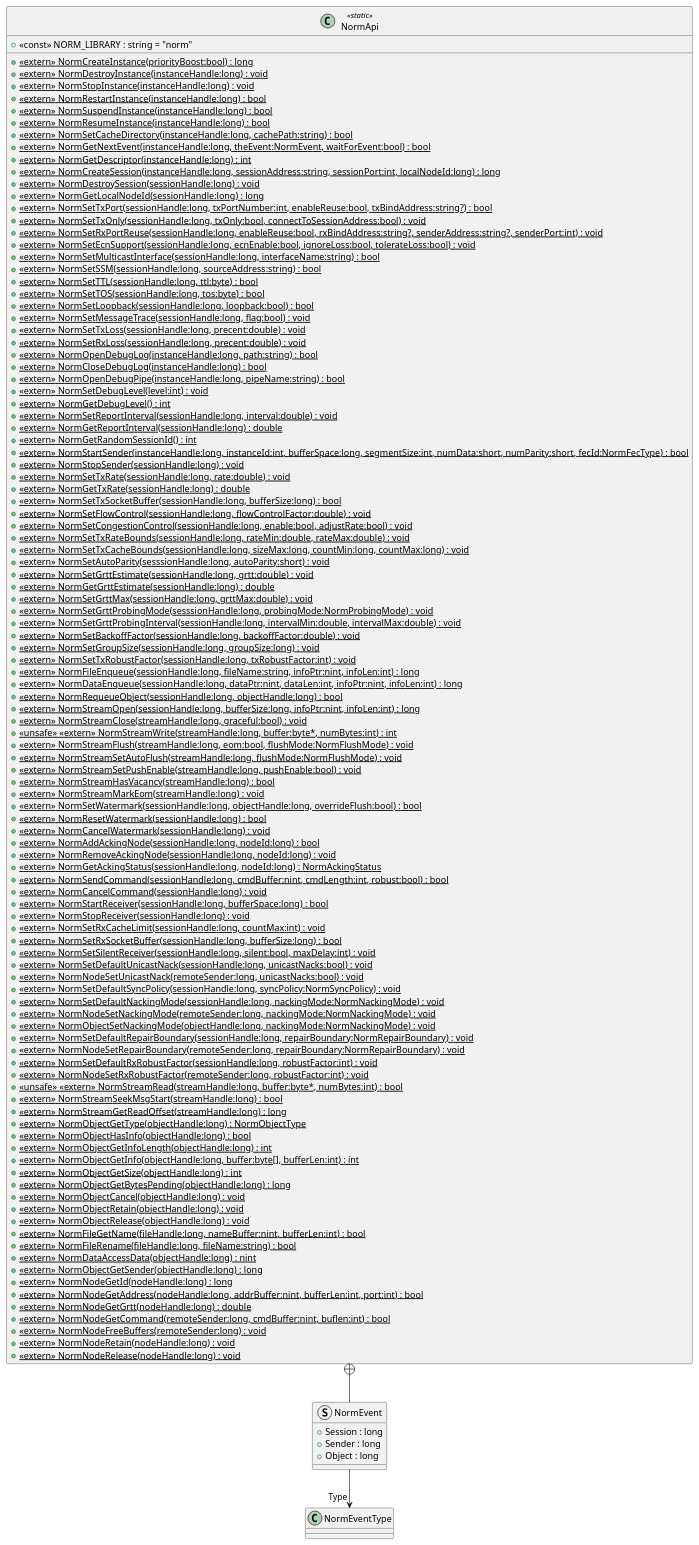
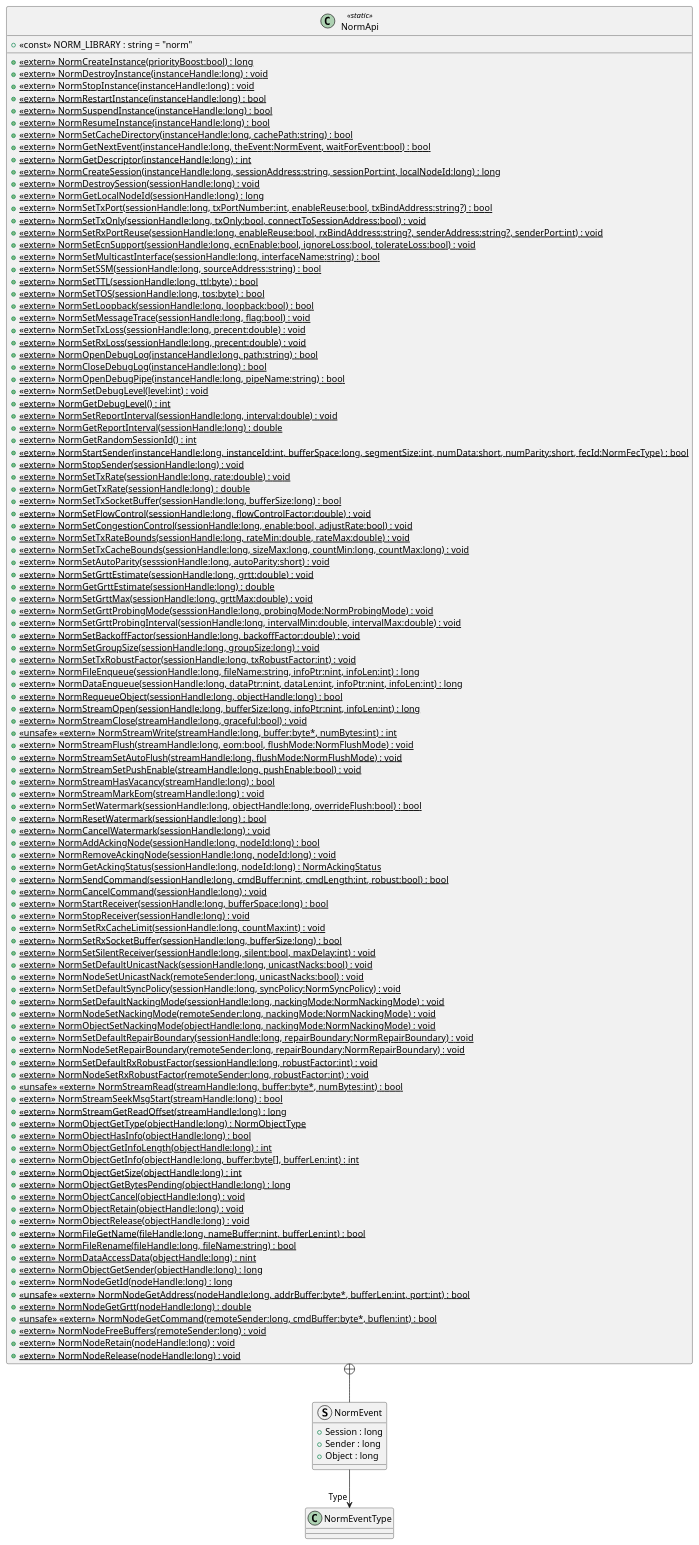
Before and after one commit to USNavalResearchLaboratory/norm: the diagram in src/dotnet/design/Mil/Navy/Nrl/Norm/NormApi.puml, drawn with PlantUML. The commit also changed 3 other files, not shown here.

First line of the commit message:
NormNode Refactor

```diff
--- a/src/dotnet/design/Mil/Navy/Nrl/Norm/NormApi.puml
+++ b/src/dotnet/design/Mil/Navy/Nrl/Norm/NormApi.puml
@@ -1,119 +1,119 @@
 @startuml
 class NormApi <<static>> {
     + <<const>> NORM_LIBRARY : string = "norm"
     + {static} <<extern>> NormCreateInstance(priorityBoost:bool) : long
     + {static} <<extern>> NormDestroyInstance(instanceHandle:long) : void
     + {static} <<extern>> NormStopInstance(instanceHandle:long) : void
     + {static} <<extern>> NormRestartInstance(instanceHandle:long) : bool
     + {static} <<extern>> NormSuspendInstance(instanceHandle:long) : bool
     + {static} <<extern>> NormResumeInstance(instanceHandle:long) : bool
     + {static} <<extern>> NormSetCacheDirectory(instanceHandle:long, cachePath:string) : bool
     + {static} <<extern>> NormGetNextEvent(instanceHandle:long, theEvent:NormEvent, waitForEvent:bool) : bool
     + {static} <<extern>> NormGetDescriptor(instanceHandle:long) : int
     + {static} <<extern>> NormCreateSession(instanceHandle:long, sessionAddress:string, sessionPort:int, localNodeId:long) : long
     + {static} <<extern>> NormDestroySession(sessionHandle:long) : void
     + {static} <<extern>> NormGetLocalNodeId(sessionHandle:long) : long
     + {static} <<extern>> NormSetTxPort(sessionHandle:long, txPortNumber:int, enableReuse:bool, txBindAddress:string?) : bool
     + {static} <<extern>> NormSetTxOnly(sessionHandle:long, txOnly:bool, connectToSessionAddress:bool) : void
     + {static} <<extern>> NormSetRxPortReuse(sessionHandle:long, enableReuse:bool, rxBindAddress:string?, senderAddress:string?, senderPort:int) : void
     + {static} <<extern>> NormSetEcnSupport(sessionHandle:long, ecnEnable:bool, ignoreLoss:bool, tolerateLoss:bool) : void
     + {static} <<extern>> NormSetMulticastInterface(sessionHandle:long, interfaceName:string) : bool
     + {static} <<extern>> NormSetSSM(sessionHandle:long, sourceAddress:string) : bool
     + {static} <<extern>> NormSetTTL(sessionHandle:long, ttl:byte) : bool
     + {static} <<extern>> NormSetTOS(sessionHandle:long, tos:byte) : bool
     + {static} <<extern>> NormSetLoopback(sessionHandle:long, loopback:bool) : bool
     + {static} <<extern>> NormSetMessageTrace(sessionHandle:long, flag:bool) : void
     + {static} <<extern>> NormSetTxLoss(sessionHandle:long, precent:double) : void
     + {static} <<extern>> NormSetRxLoss(sessionHandle:long, precent:double) : void
     + {static} <<extern>> NormOpenDebugLog(instanceHandle:long, path:string) : bool
     + {static} <<extern>> NormCloseDebugLog(instanceHandle:long) : bool
     + {static} <<extern>> NormOpenDebugPipe(instanceHandle:long, pipeName:string) : bool
     + {static} <<extern>> NormSetDebugLevel(level:int) : void
     + {static} <<extern>> NormGetDebugLevel() : int
     + {static} <<extern>> NormSetReportInterval(sessionHandle:long, interval:double) : void
     + {static} <<extern>> NormGetReportInterval(sessionHandle:long) : double
     + {static} <<extern>> NormGetRandomSessionId() : int
     + {static} <<extern>> NormStartSender(instanceHandle:long, instanceId:int, bufferSpace:long, segmentSize:int, numData:short, numParity:short, fecId:NormFecType) : bool
     + {static} <<extern>> NormStopSender(sessionHandle:long) : void
     + {static} <<extern>> NormSetTxRate(sessionHandle:long, rate:double) : void
     + {static} <<extern>> NormGetTxRate(sessionHandle:long) : double
     + {static} <<extern>> NormSetTxSocketBuffer(sessionHandle:long, bufferSize:long) : bool
     + {static} <<extern>> NormSetFlowControl(sessionHandle:long, flowControlFactor:double) : void
     + {static} <<extern>> NormSetCongestionControl(sessionHandle:long, enable:bool, adjustRate:bool) : void
     + {static} <<extern>> NormSetTxRateBounds(sessionHandle:long, rateMin:double, rateMax:double) : void
     + {static} <<extern>> NormSetTxCacheBounds(sessionHandle:long, sizeMax:long, countMin:long, countMax:long) : void
     + {static} <<extern>> NormSetAutoParity(sesssionHandle:long, autoParity:short) : void
     + {static} <<extern>> NormSetGrttEstimate(sessionHandle:long, grtt:double) : void
     + {static} <<extern>> NormGetGrttEstimate(sessionHandle:long) : double
     + {static} <<extern>> NormSetGrttMax(sessionHandle:long, grttMax:double) : void
     + {static} <<extern>> NormSetGrttProbingMode(sesssionHandle:long, probingMode:NormProbingMode) : void
     + {static} <<extern>> NormSetGrttProbingInterval(sessionHandle:long, intervalMin:double, intervalMax:double) : void
     + {static} <<extern>> NormSetBackoffFactor(sessionHandle:long, backoffFactor:double) : void
     + {static} <<extern>> NormSetGroupSize(sessionHandle:long, groupSize:long) : void
     + {static} <<extern>> NormSetTxRobustFactor(sessionHandle:long, txRobustFactor:int) : void
     + {static} <<extern>> NormFileEnqueue(sessionHandle:long, fileName:string, infoPtr:nint, infoLen:int) : long
     + {static} <<extern>> NormDataEnqueue(sessionHandle:long, dataPtr:nint, dataLen:int, infoPtr:nint, infoLen:int) : long
     + {static} <<extern>> NormRequeueObject(sessionHandle:long, objectHandle:long) : bool
     + {static} <<extern>> NormStreamOpen(sessionHandle:long, bufferSize:long, infoPtr:nint, infoLen:int) : long
     + {static} <<extern>> NormStreamClose(streamHandle:long, graceful:bool) : void
     + <<unsafe>> {static} <<extern>> NormStreamWrite(streamHandle:long, buffer:byte*, numBytes:int) : int
     + {static} <<extern>> NormStreamFlush(streamHandle:long, eom:bool, flushMode:NormFlushMode) : void
     + {static} <<extern>> NormStreamSetAutoFlush(streamHandle:long, flushMode:NormFlushMode) : void
     + {static} <<extern>> NormStreamSetPushEnable(streamHandle:long, pushEnable:bool) : void
     + {static} <<extern>> NormStreamHasVacancy(streamHandle:long) : bool
     + {static} <<extern>> NormStreamMarkEom(streamHandle:long) : void
     + {static} <<extern>> NormSetWatermark(sessionHandle:long, objectHandle:long, overrideFlush:bool) : bool
     + {static} <<extern>> NormResetWatermark(sessionHandle:long) : bool
     + {static} <<extern>> NormCancelWatermark(sessionHandle:long) : void
     + {static} <<extern>> NormAddAckingNode(sessionHandle:long, nodeId:long) : bool
     + {static} <<extern>> NormRemoveAckingNode(sessionHandle:long, nodeId:long) : void
     + {static} <<extern>> NormGetAckingStatus(sessionHandle:long, nodeId:long) : NormAckingStatus
     + {static} <<extern>> NormSendCommand(sessionHandle:long, cmdBuffer:nint, cmdLength:int, robust:bool) : bool
     + {static} <<extern>> NormCancelCommand(sessionHandle:long) : void
     + {static} <<extern>> NormStartReceiver(sessionHandle:long, bufferSpace:long) : bool
     + {static} <<extern>> NormStopReceiver(sessionHandle:long) : void
     + {static} <<extern>> NormSetRxCacheLimit(sessionHandle:long, countMax:int) : void
     + {static} <<extern>> NormSetRxSocketBuffer(sessionHandle:long, bufferSize:long) : bool
     + {static} <<extern>> NormSetSilentReceiver(sessionHandle:long, silent:bool, maxDelay:int) : void
     + {static} <<extern>> NormSetDefaultUnicastNack(sessionHandle:long, unicastNacks:bool) : void
     + {static} <<extern>> NormNodeSetUnicastNack(remoteSender:long, unicastNacks:bool) : void
     + {static} <<extern>> NormSetDefaultSyncPolicy(sessionHandle:long, syncPolicy:NormSyncPolicy) : void
     + {static} <<extern>> NormSetDefaultNackingMode(sessionHandle:long, nackingMode:NormNackingMode) : void
     + {static} <<extern>> NormNodeSetNackingMode(remoteSender:long, nackingMode:NormNackingMode) : void
     + {static} <<extern>> NormObjectSetNackingMode(objectHandle:long, nackingMode:NormNackingMode) : void
     + {static} <<extern>> NormSetDefaultRepairBoundary(sessionHandle:long, repairBoundary:NormRepairBoundary) : void
     + {static} <<extern>> NormNodeSetRepairBoundary(remoteSender:long, repairBoundary:NormRepairBoundary) : void
     + {static} <<extern>> NormSetDefaultRxRobustFactor(sessionHandle:long, robustFactor:int) : void
     + {static} <<extern>> NormNodeSetRxRobustFactor(remoteSender:long, robustFactor:int) : void
     + <<unsafe>> {static} <<extern>> NormStreamRead(streamHandle:long, buffer:byte*, numBytes:int) : bool
     + {static} <<extern>> NormStreamSeekMsgStart(streamHandle:long) : bool
     + {static} <<extern>> NormStreamGetReadOffset(streamHandle:long) : long
     + {static} <<extern>> NormObjectGetType(objectHandle:long) : NormObjectType
     + {static} <<extern>> NormObjectHasInfo(objectHandle:long) : bool
     + {static} <<extern>> NormObjectGetInfoLength(objectHandle:long) : int
     + {static} <<extern>> NormObjectGetInfo(objectHandle:long, buffer:byte[], bufferLen:int) : int
     + {static} <<extern>> NormObjectGetSize(objectHandle:long) : int
     + {static} <<extern>> NormObjectGetBytesPending(objectHandle:long) : long
     + {static} <<extern>> NormObjectCancel(objectHandle:long) : void
     + {static} <<extern>> NormObjectRetain(objectHandle:long) : void
     + {static} <<extern>> NormObjectRelease(objectHandle:long) : void
     + {static} <<extern>> NormFileGetName(fileHandle:long, nameBuffer:nint, bufferLen:int) : bool
     + {static} <<extern>> NormFileRename(fileHandle:long, fileName:string) : bool
     + {static} <<extern>> NormDataAccessData(objectHandle:long) : nint
     + {static} <<extern>> NormObjectGetSender(objectHandle:long) : long
     + {static} <<extern>> NormNodeGetId(nodeHandle:long) : long
-    + {static} <<extern>> NormNodeGetAddress(nodeHandle:long, addrBuffer:nint, bufferLen:int, port:int) : bool
+    + <<unsafe>> {static} <<extern>> NormNodeGetAddress(nodeHandle:long, addrBuffer:byte*, bufferLen:int, port:int) : bool
     + {static} <<extern>> NormNodeGetGrtt(nodeHandle:long) : double
-    + {static} <<extern>> NormNodeGetCommand(remoteSender:long, cmdBuffer:nint, buflen:int) : bool
+    + <<unsafe>> {static} <<extern>> NormNodeGetCommand(remoteSender:long, cmdBuffer:byte*, buflen:int) : bool
     + {static} <<extern>> NormNodeFreeBuffers(remoteSender:long) : void
     + {static} <<extern>> NormNodeRetain(nodeHandle:long) : void
     + {static} <<extern>> NormNodeRelease(nodeHandle:long) : void
 }
 struct NormEvent {
     + Session : long
     + Sender : long
     + Object : long
 }
 NormApi +-- NormEvent
 NormEvent --> "Type" NormEventType
 @enduml
```
